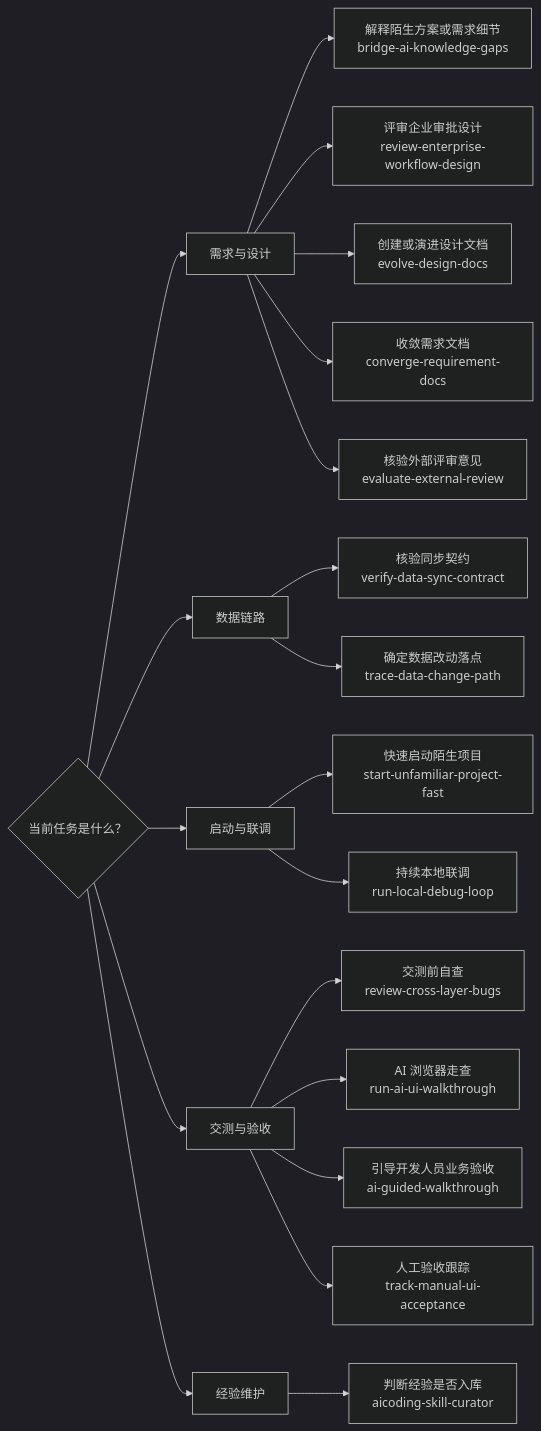
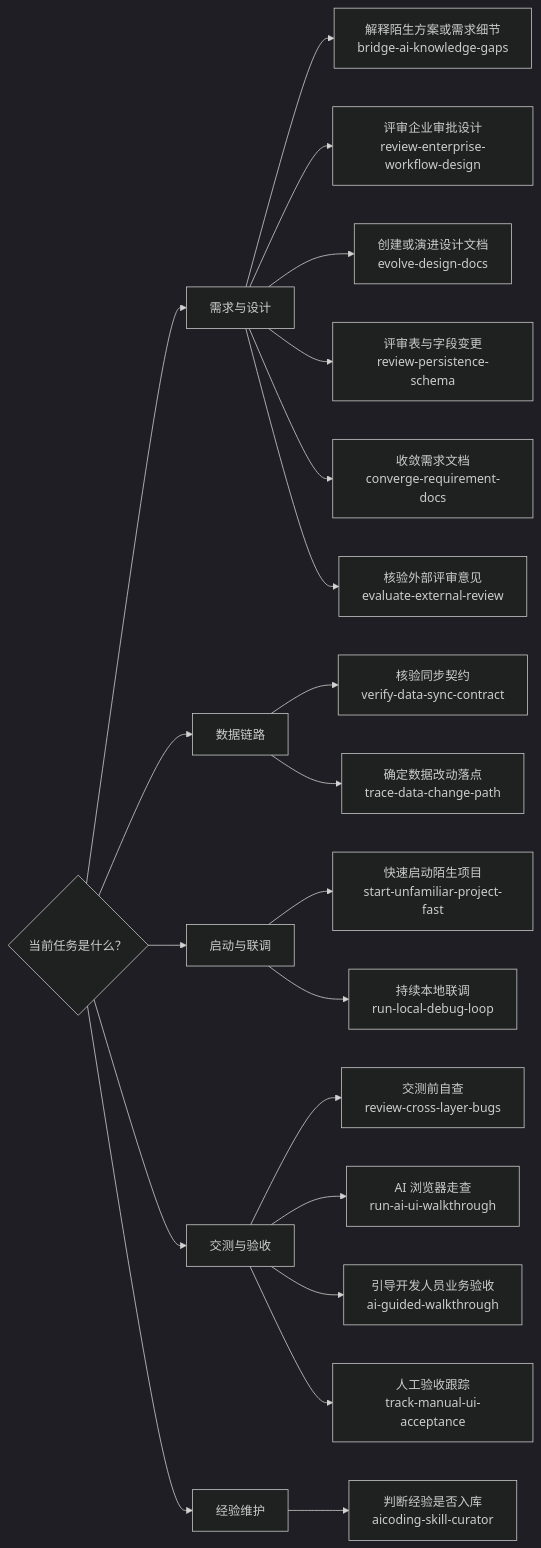
Before and after one commit to KelvinFanXian/aicoding: the diagram in README.md, drawn with Mermaid (dark theme). The commit also changed other lines of this file and 4 other files, not shown here.

````diff
--- a/README.md
+++ b/README.md
@@ -51,23 +54,24 @@
 ```mermaid
 flowchart LR
     Q{"当前任务是什么？"}
     Q --> A["需求与设计"]
     A --> A1["解释陌生方案或需求细节<br/>bridge-ai-knowledge-gaps"]
     A --> A2["评审企业审批设计<br/>review-enterprise-workflow-design"]
     A --> A3["创建或演进设计文档<br/>evolve-design-docs"]
+    A --> A6["评审表与字段变更<br/>review-persistence-schema"]
     A --> A4["收敛需求文档<br/>converge-requirement-docs"]
     A --> A5["核验外部评审意见<br/>evaluate-external-review"]
     Q --> B["数据链路"]
     B --> B1["核验同步契约<br/>verify-data-sync-contract"]
     B --> B2["确定数据改动落点<br/>trace-data-change-path"]
     Q --> C["启动与联调"]
     C --> C1["快速启动陌生项目<br/>start-unfamiliar-project-fast"]
     C --> C2["持续本地联调<br/>run-local-debug-loop"]
     Q --> D["交测与验收"]
     D --> D1["交测前自查<br/>review-cross-layer-bugs"]
     D --> D2["AI 浏览器走查<br/>run-ai-ui-walkthrough"]
     D --> D3["引导开发人员业务验收<br/>ai-guided-walkthrough"]
     D --> D4["人工验收跟踪<br/>track-manual-ui-acceptance"]
     Q --> E["经验维护"]
     E --> E1["判断经验是否入库<br/>aicoding-skill-curator"]
 ```
````
